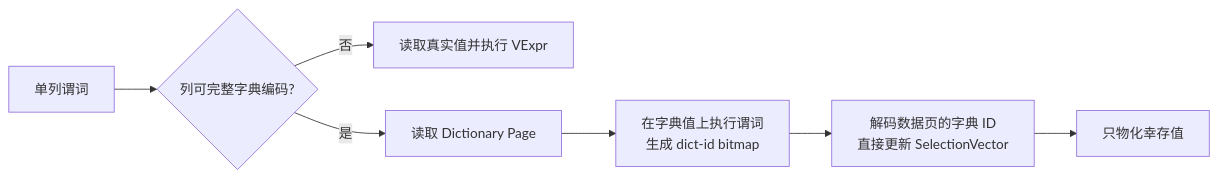
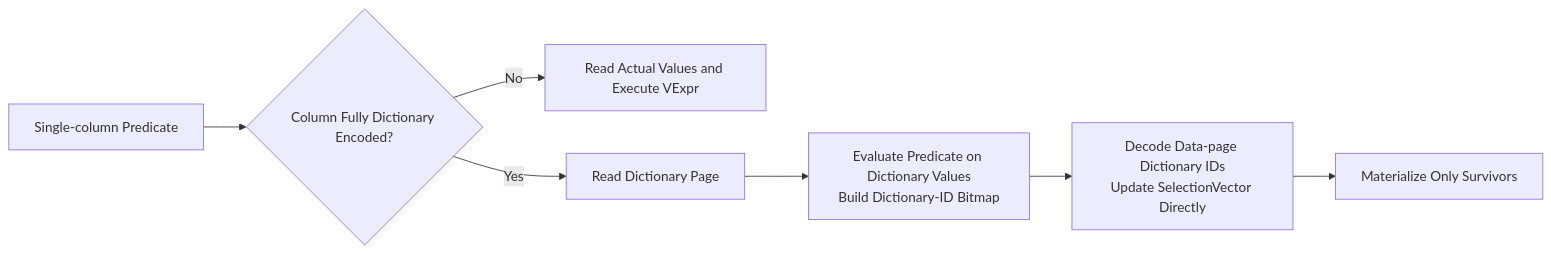
Before and after one commit to apache/doris: the seventh of 13 diagrams in docs/file-scanner-v2-parquet-scan-design.md, drawn with Mermaid. The commit also changed other lines of this file and 1 other file, not shown here.

````diff
--- a/docs/file-scanner-v2-parquet-scan-design.md
+++ b/docs/file-scanner-v2-parquet-scan-design.md
@@ -235,9 +260,9 @@
 ```mermaid
 flowchart LR
-  A[单列谓词] --> B{列可完整字典编码?}
-  B -- "否" --> F[读取真实值并执行 VExpr]
-  B -- "是" --> C[读取 Dictionary Page]
-  C --> D[在字典值上执行谓词<br>生成 dict-id bitmap]
-  D --> E[解码数据页的字典 ID<br>直接更新 SelectionVector]
-  E --> G[只物化幸存值]
+  A[Single-column Predicate] --> B{Column Fully Dictionary Encoded?}
+  B -- "No" --> F[Read Actual Values and Execute VExpr]
+  B -- "Yes" --> C[Read Dictionary Page]
+  C --> D[Evaluate Predicate on Dictionary Values<br>Build Dictionary-ID Bitmap]
+  D --> E[Decode Data-page Dictionary IDs<br>Update SelectionVector Directly]
+  E --> G[Materialize Only Survivors]
 ```
````
